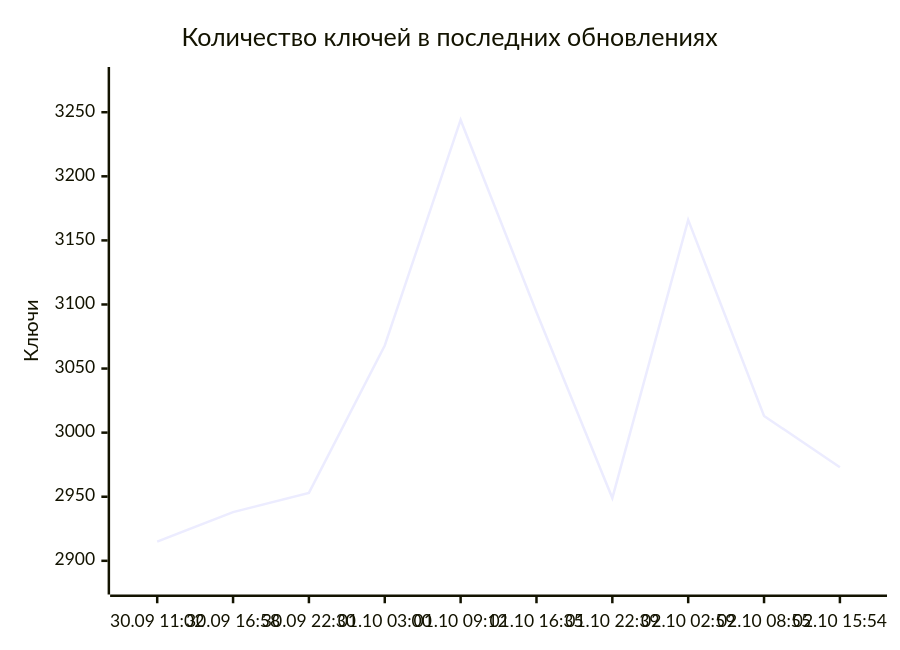
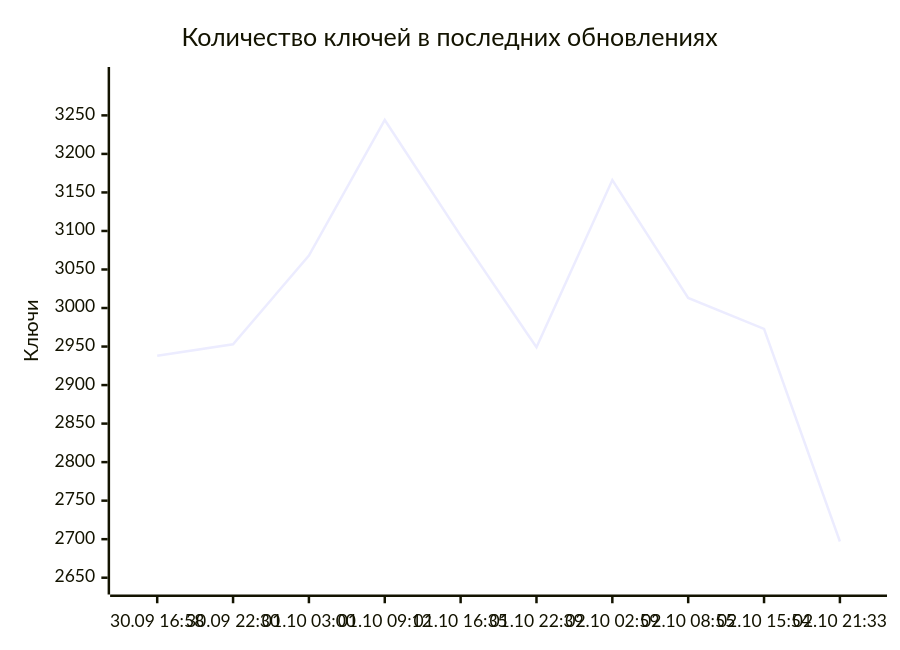
The diagram in README.md (markKikhtenko/WireVeil), drawn with Mermaid before and after one commit. The commit also changed other lines of this file and 12 other files, not shown here.

````diff
--- a/README.md
+++ b/README.md
@@ -55,7 +55,7 @@
 ```mermaid
 xychart-beta
     title "Количество ключей в последних обновлениях"
-    x-axis ["30.09 11:02", "30.09 16:58", "30.09 22:30", "01.10 03:00", "01.10 09:12", "01.10 16:35", "01.10 22:39", "02.10 02:59", "02.10 08:55", "02.10 15:54"]
-    y-axis "Ключи" 2882 --> 3277
-    line [2915, 2938, 2953, 3068, 3244, 3094, 2949, 3166, 3013, 2973]
+    x-axis ["30.09 16:58", "30.09 22:30", "01.10 03:00", "01.10 09:12", "01.10 16:35", "01.10 22:39", "02.10 02:59", "02.10 08:55", "02.10 15:54", "02.10 21:33"]
+    y-axis "Ключи" 2642 --> 3299
+    line [2938, 2953, 3068, 3244, 3094, 2949, 3166, 3013, 2973, 2697]
 ```
````
